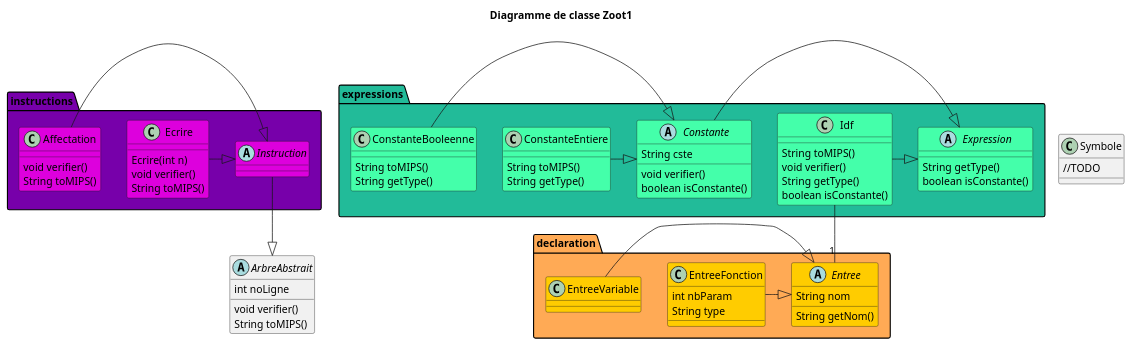
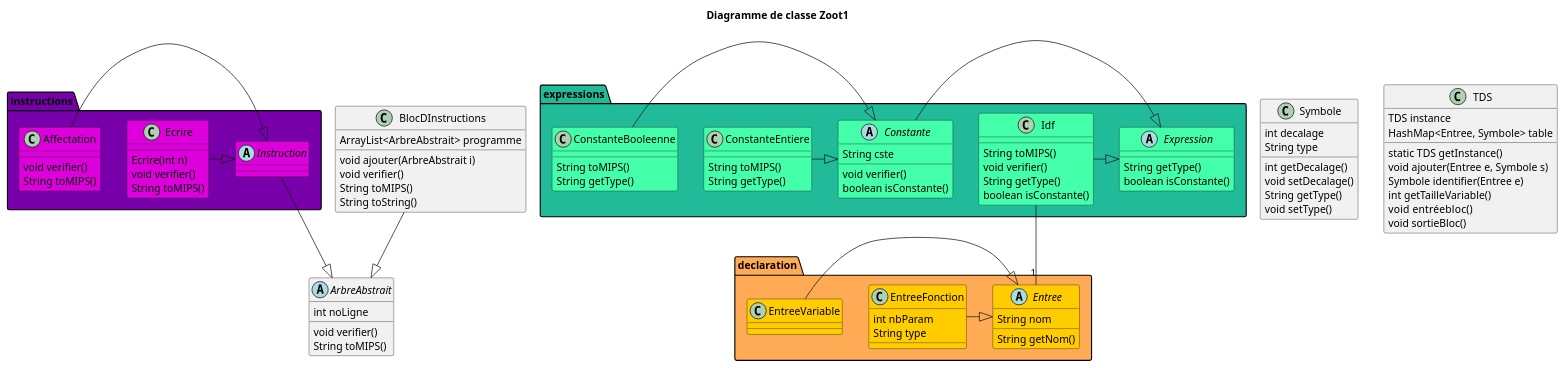
One commit to LudovicTagnon/Zoot changed the diagram in src/misc/uml/diagramme_classe.puml. Above: the diagram before and after it, drawn with PlantUML.

Commit message:
Correction diagramme UML diagramme_classe.puml

```diff
--- a/src/misc/uml/diagramme_classe.puml
+++ b/src/misc/uml/diagramme_classe.puml
@@ -1,89 +1,117 @@
 @startuml
 title Diagramme de classe Zoot1
 
 Abstract ArbreAbstrait {
     int noLigne
     void verifier()
     String toMIPS()
 }
 
 package instructions #7700AA {
 
     Class Ecrire #DD00DD {
         Ecrire(int n)
         void verifier()
         String toMIPS()
     }
 
     Class Affectation #DD00DD {
         void verifier()
         String toMIPS()
     }
 
     Abstract Instruction #DD00DD {}
 
     Ecrire -|> Instruction
     Affectation -|> Instruction
 }
 
 package expressions #22BB99 {
     Abstract Expression #44FFAA {
         String getType()
         boolean isConstante()
     }
 
     Abstract Constante #44FFAA {
         String cste
         void verifier()
         boolean isConstante()
     }
 
     Class ConstanteEntiere #44FFAA {
         String toMIPS()
         String getType()
     }
 
     Class ConstanteBooleenne #44FFAA {
         String toMIPS()
         String getType()
     }
 
     Class Idf #44FFAA {
         String toMIPS()
         void verifier()
         String getType()
         boolean isConstante()
     }
 
     Idf -|> Expression
     Constante -|> Expression
     ConstanteEntiere -|> Constante
     ConstanteBooleenne -|> Constante
 }
 
 package declaration #FFAA55 {
     Abstract Entree #FFCC00 {
         String nom
         String getNom()
     }
 
     Class EntreeVariable #FFCC00 {}
 
     Class EntreeFonction #FFCC00 {
         int nbParam
         String type
     }
 
     EntreeFonction -|> Entree
     EntreeVariable -|> Entree
 }
 
 Class Symbole {
-    //TODO
+    int decalage
+    String type
+
+    int getDecalage()
+    void setDecalage()
+    String getType()
+    void setType()
+}
+
+Class TDS {
+    TDS instance
+    HashMap<Entree, Symbole> table
+
+    static TDS getInstance()
+    void ajouter(Entree e, Symbole s)
+    Symbole identifier(Entree e)
+    int getTailleVariable()
+    void  entréebloc()
+    void sortieBloc()
+}
+
+Class BlocDInstructions {
+    ArrayList<ArbreAbstrait> programme
+    void ajouter(ArbreAbstrait i)
+    void verifier()
+    String toMIPS()
+    String toString()
 }
 
 Idf -- "1" Entree
 
 Instruction --|> ArbreAbstrait
+BlocDInstructions --|> ArbreAbstrait
+
 
 @enduml
```
